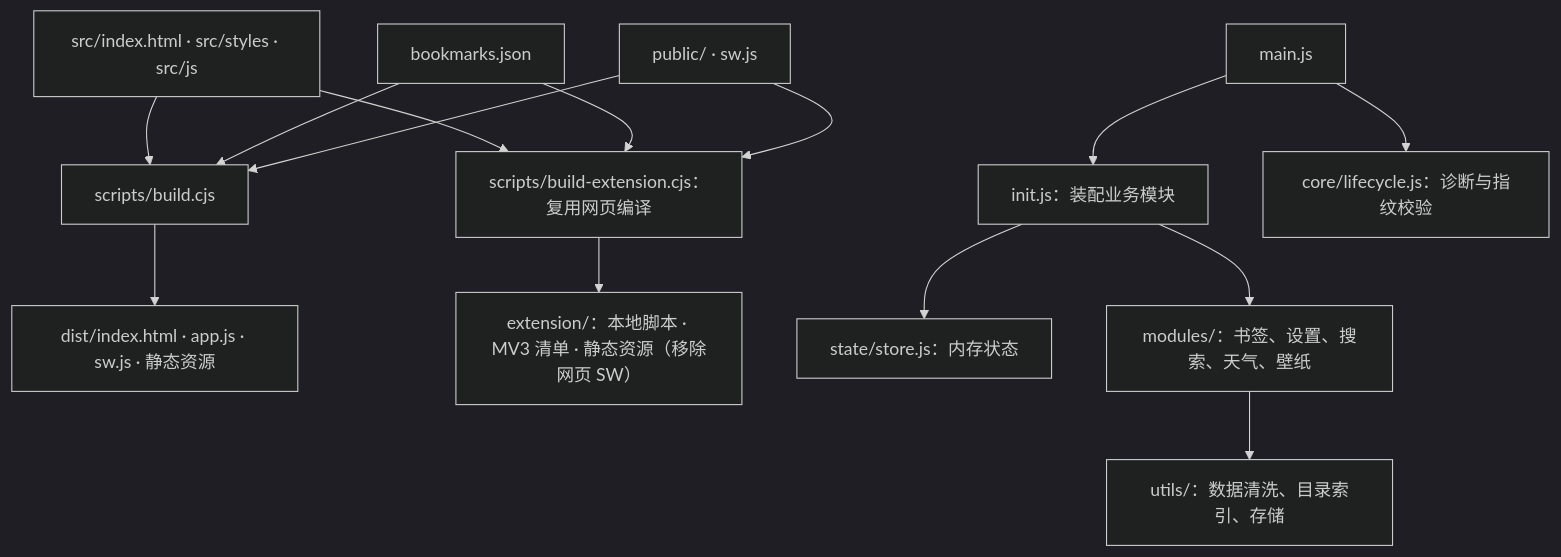
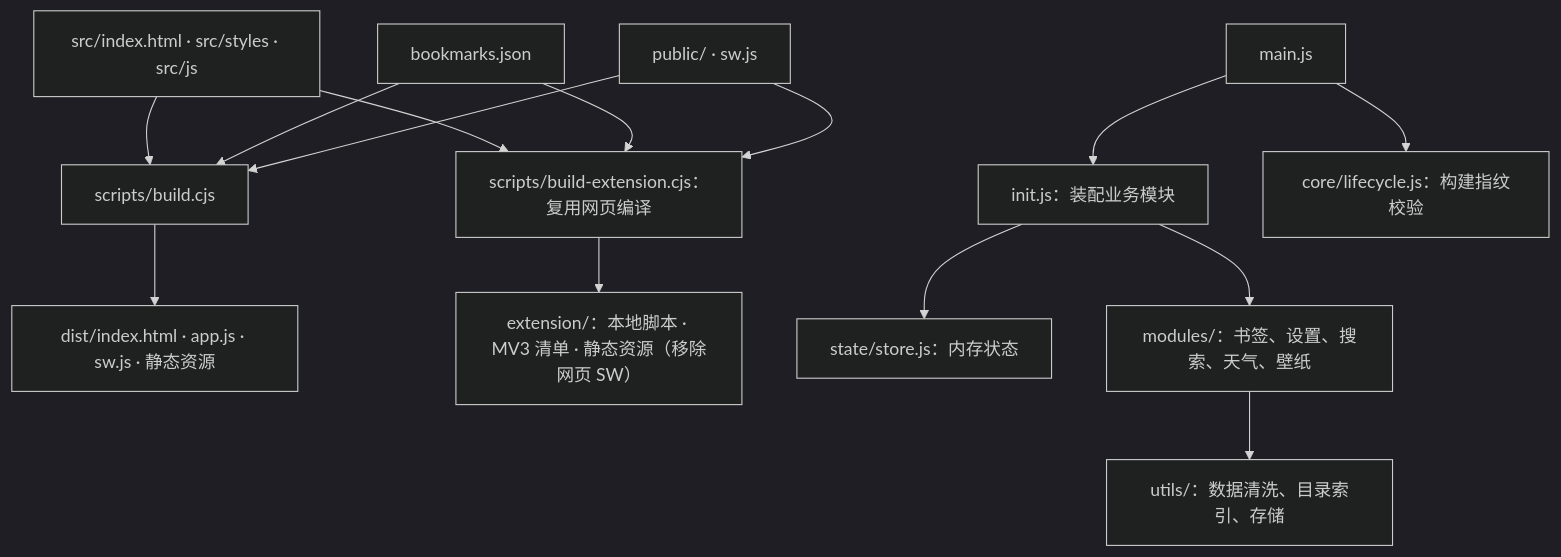
Before and after one commit to leosdcn/glass-start: the first of 2 diagrams in docs/ARCHITECTURE.md, drawn with Mermaid (dark theme). The commit also changed other lines of this file and 29 other files, not shown here.

````diff
--- a/docs/ARCHITECTURE.md
+++ b/docs/ARCHITECTURE.md
@@ -82,16 +82,16 @@
 ```mermaid
 flowchart TD
     Source["src/index.html · src/styles · src/js"] --> Build["scripts/build.cjs"]
     Data["bookmarks.json"] --> Build
     Assets["public/ · sw.js"] --> Build
     Build --> Dist["dist/index.html · app.js · sw.js · 静态资源"]
     Source --> ExtensionBuild["scripts/build-extension.cjs：复用网页编译"]
     Data --> ExtensionBuild
     Assets --> ExtensionBuild
     ExtensionBuild --> Extension["extension/：本地脚本 · MV3 清单 · 静态资源（移除网页 SW）"]
     Main["main.js"] --> Init["init.js：装配业务模块"]
-    Main --> Lifecycle["core/lifecycle.js：诊断与指纹校验"]
+    Main --> Lifecycle["core/lifecycle.js：构建指纹校验"]
     Init --> State["state/store.js：内存状态"]
     Init --> Modules["modules/：书签、设置、搜索、天气、壁纸"]
     Modules --> Utils["utils/：数据清洗、目录索引、存储"]
 ```
````
